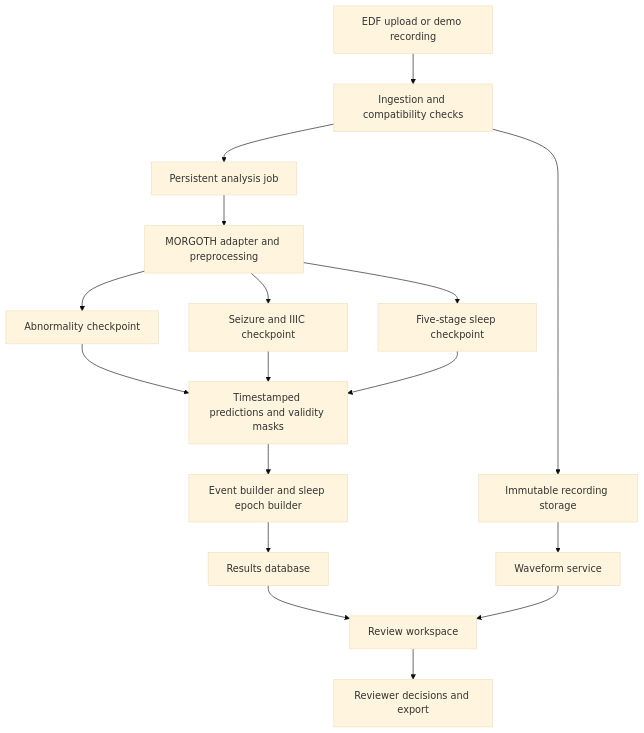
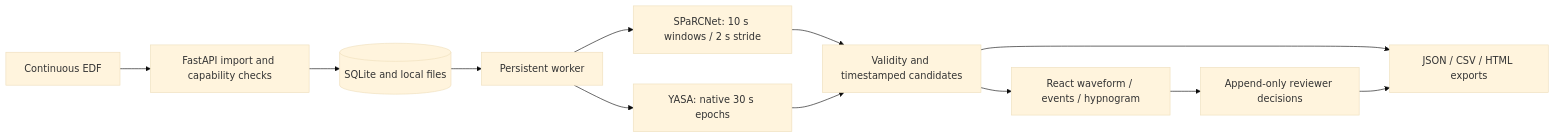
One commit to mehmetcankatar/NeuroScope changed the diagram in docs/ARCHITECTURE.md. Above: the diagram before and after it, drawn with Mermaid (base theme). The commit also changed other lines of this file and 6 other files, not shown here.

````diff
--- a/docs/ARCHITECTURE.md
+++ b/docs/ARCHITECTURE.md
@@ -45,19 +7,14 @@
 ```mermaid
-flowchart TD
-    A[EDF upload or demo recording] --> B[Ingestion and compatibility checks]
-    B --> C[Immutable recording storage]
-    B --> D[Persistent analysis job]
-    D --> E[MORGOTH adapter and preprocessing]
-    E --> F[Abnormality checkpoint]
-    E --> G[Seizure and IIIC checkpoint]
-    E --> H[Five-stage sleep checkpoint]
-    F --> I[Timestamped predictions and validity masks]
-    G --> I
-    H --> I
-    I --> J[Event builder and sleep epoch builder]
-    J --> K[Results database]
-    C --> L[Waveform service]
-    K --> M[Review workspace]
-    L --> M
-    M --> N[Reviewer decisions and export]
+flowchart LR
+    EDF[Continuous EDF] --> API[FastAPI import and capability checks]
+    API --> DB[(SQLite and local files)]
+    DB --> W[Persistent worker]
+    W --> S[SPaRCNet: 10 s windows / 2 s stride]
+    W --> Y[YASA: native 30 s epochs]
+    S --> P[Validity and timestamped candidates]
+    Y --> P
+    P --> R[React waveform / events / hypnogram]
+    R --> H[Append-only reviewer decisions]
+    P --> E[JSON / CSV / HTML exports]
+    H --> E
 ```
````
